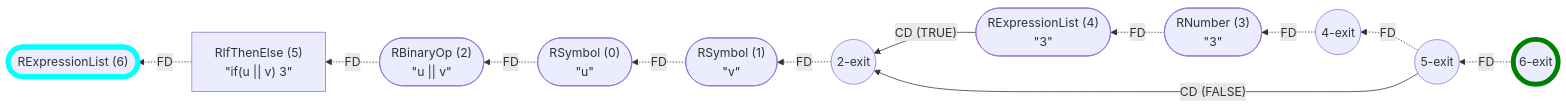
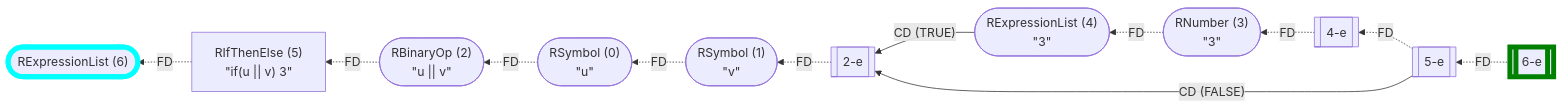
One commit to flowr-analysis/flowr changed the third of 23 diagrams in wiki/Control Flow Graph.md. Above: the diagram before and after it, drawn with Mermaid. The commit also changed other lines of this file and 9 other files, not shown here.

````diff
--- a/wiki/Control Flow Graph.md
+++ b/wiki/Control Flow Graph.md
@@ -166,32 +172,32 @@
 ```mermaid
 flowchart RL
     n6(["`RExpressionList (6)`"])
     n5["`RIfThenElse (5)
 #34;if(u || v) 3#34;`"]
-    n5-exit((5-exit))
+    n5-e[[5-e]]
     n0(["`RSymbol (0)
 #34;u#34;`"])
     n1(["`RSymbol (1)
 #34;v#34;`"])
     n2(["`RBinaryOp (2)
 #34;u || v#34;`"])
-    n2-exit((2-exit))
+    n2-e[[2-e]]
     n4(["`RExpressionList (4)
 #34;3#34;`"])
     n3(["`RNumber (3)
 #34;3#34;`"])
-    n4-exit((4-exit))
-    n6-exit((6-exit))
+    n4-e[[4-e]]
+    n6-e[[6-e]]
     n5 -.->|"FD"| n6
     n1 -.->|"FD"| n0
     n0 -.->|"FD"| n2
-    n2-exit -.->|"FD"| n1
+    n2-e -.->|"FD"| n1
     n3 -.->|"FD"| n4
-    n4-exit -.->|"FD"| n3
-    n4 -->|"CD (TRUE)"| n2-exit
+    n4-e -.->|"FD"| n3
+    n4 -->|"CD (TRUE)"| n2-e
     n2 -.->|"FD"| n5
-    n5-exit -.->|"FD"| n4-exit
-    n5-exit -->|"CD (FALSE)"| n2-exit
-    n6-exit -.->|"FD"| n5-exit
-    style n6 stroke:cyan,stroke-width:6.5px;    style n6-exit stroke:green,stroke-width:6.5px;
+    n5-e -.->|"FD"| n4-e
+    n5-e -->|"CD (FALSE)"| n2-e
+    n6-e -.->|"FD"| n5-e
+    style n6 stroke:cyan,stroke-width:6.5px;    style n6-e stroke:green,stroke-width:6.5px;
 ```
````
